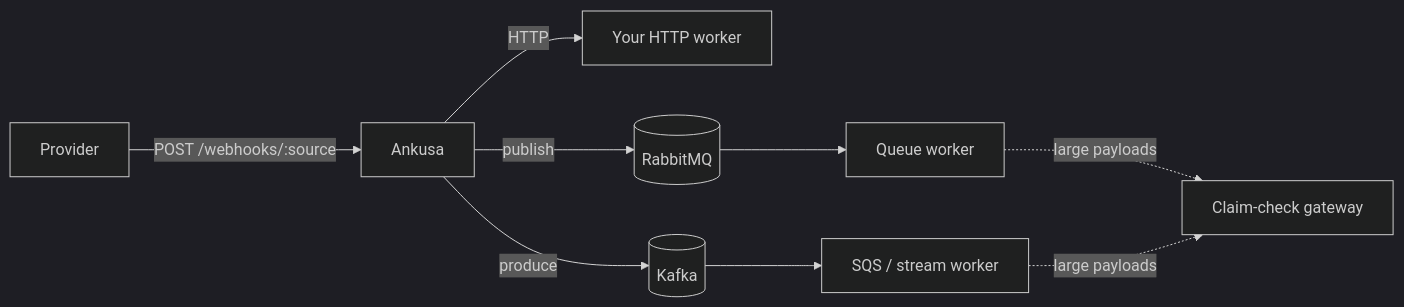
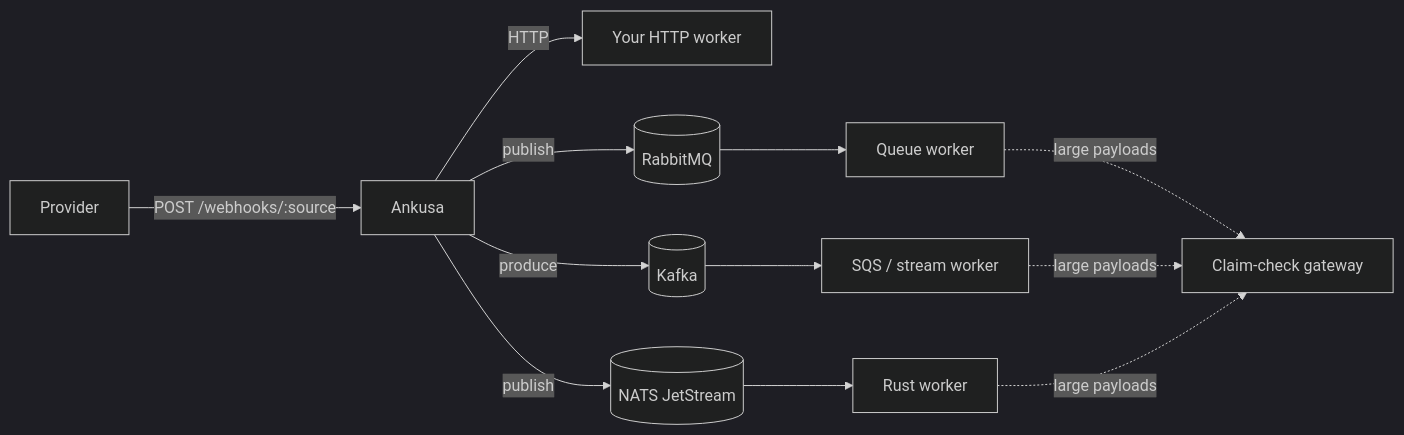
Before and after one commit to jamescarr/ankusa: the first of 6 diagrams in examples/README.md, drawn with Mermaid (dark theme). The commit also changed other lines of this file and 14 other files, not shown here.

First line of the commit message:
feat(examples): nats-consumer replaces rust-worker

````diff
--- a/examples/README.md
+++ b/examples/README.md
@@ -5,10 +5,12 @@
 ```mermaid
 flowchart LR
     P[Provider] -->|POST /webhooks/:source| A[Ankusa]
     A -->|HTTP| H[Your HTTP worker]
     A -->|publish| R[(RabbitMQ)]
     A -->|produce| K[(Kafka)]
+    A -->|publish| N[(NATS JetStream)]
     R --> QW[Queue worker]
     K --> SW[SQS / stream worker]
-    QW & SW -.->|large payloads| CC[Claim-check gateway]
+    N --> RW[Rust worker]
+    QW & SW & RW -.->|large payloads| CC[Claim-check gateway]
 ```
````
